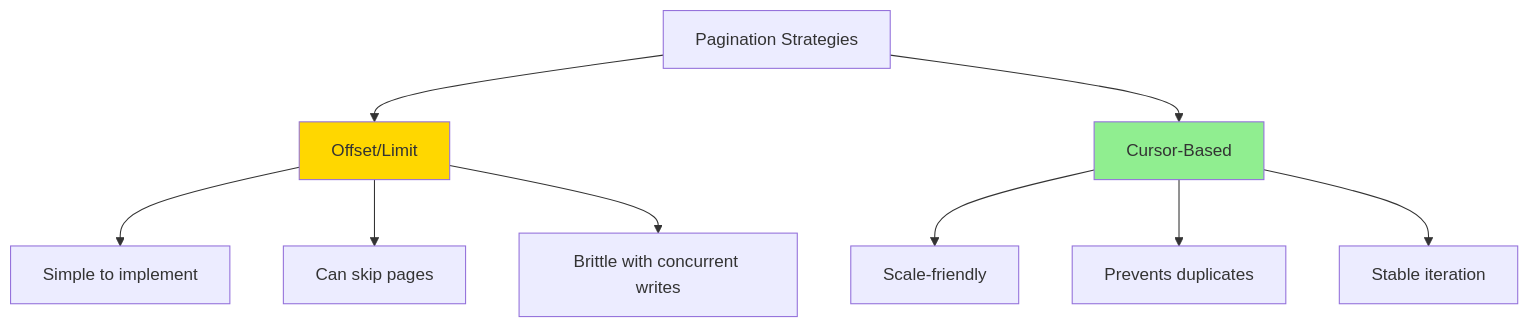
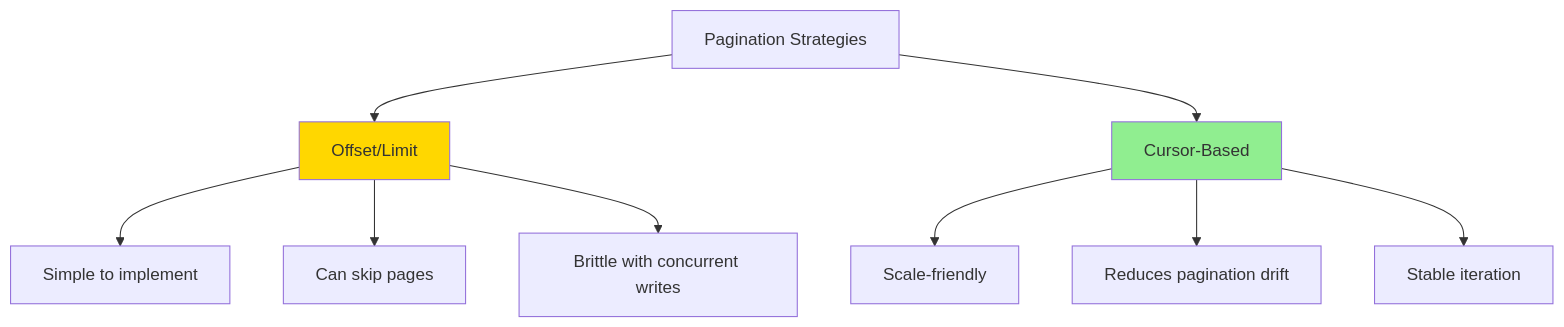
The eighth of 13 diagrams in docs/rest-best-practices.mdx (tobiasbueschel/software-engineering-excellence), drawn with Mermaid before and after one commit. The commit also changed other lines of this file and 30 other files, not shown here.

````diff
--- a/docs/rest-best-practices.mdx
+++ b/docs/rest-best-practices.mdx
@@ -329,16 +330,16 @@
 ```mermaid
 graph TB
     A[Pagination Strategies] --> B[Offset/Limit]
     A --> C[Cursor-Based]
 
     B --> B1[Simple to implement]
     B --> B2[Can skip pages]
     B --> B3[Brittle with concurrent writes]
 
     C --> C1[Scale-friendly]
-    C --> C2[Prevents duplicates]
+    C --> C2[Reduces pagination drift]
     C --> C3[Stable iteration]
 
     style C fill:#90EE90
     style B fill:#FFD700
 ```
````
